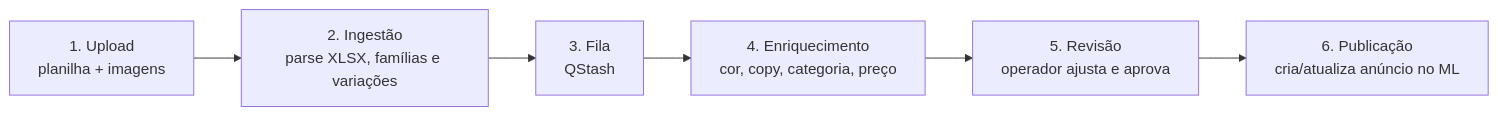
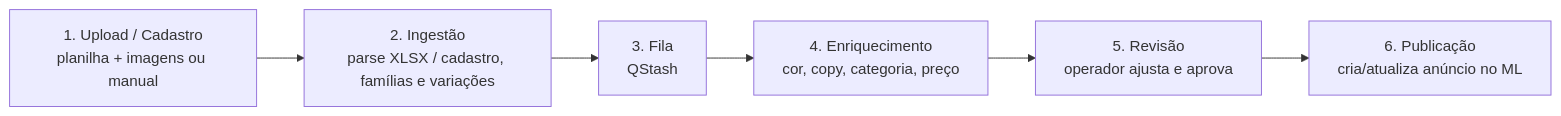
One commit to analistasistemas-bit/gtinmktplace changed the second of 2 diagrams in obsidian-vault/00-Home/Visão Geral.md. Above: the diagram before and after it, drawn with Mermaid. The commit also changed other lines of this file and 58 other files, not shown here.

First line of the commit message:
docs: varredura geral e atualizacao do graphify, obsidian vault e archify

````diff
--- a/obsidian-vault/00-Home/Visão Geral.md
+++ b/obsidian-vault/00-Home/Visão Geral.md
@@ -45,8 +49,8 @@
 ```mermaid
 flowchart LR
-    U[1. Upload<br/>planilha + imagens] --> I[2. Ingestão<br/>parse XLSX, famílias e variações]
+    U[1. Upload / Cadastro<br/>planilha + imagens ou manual] --> I[2. Ingestão<br/>parse XLSX / cadastro, famílias e variações]
     I --> F[3. Fila<br/>QStash]
     F --> E[4. Enriquecimento<br/>cor, copy, categoria, preço]
     E --> R[5. Revisão<br/>operador ajusta e aprova]
     R --> P[6. Publicação<br/>cria/atualiza anúncio no ML]
 ```
````
